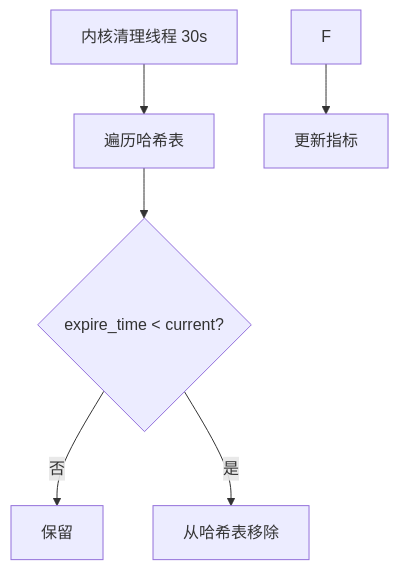
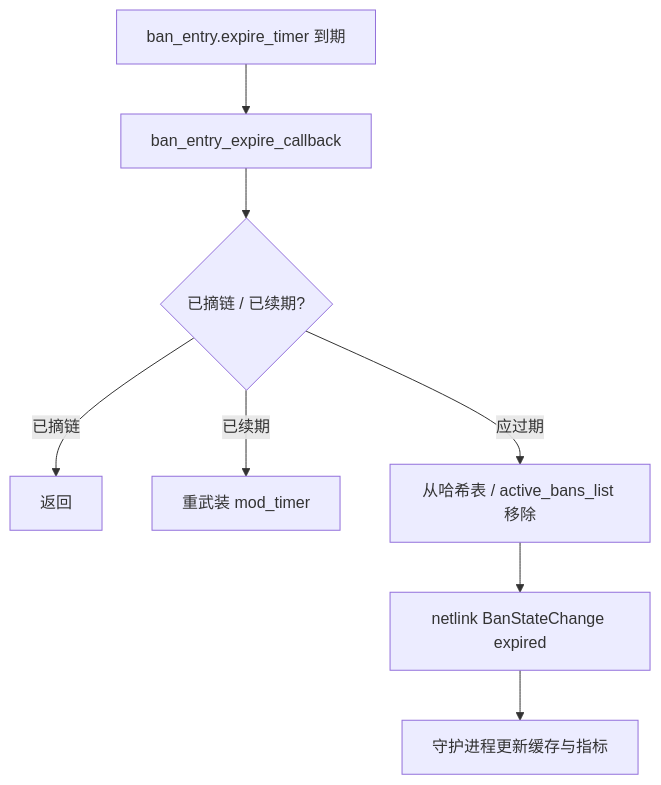
The fourth of 7 diagrams in docs/zh/architecture/data-flow.md (SnowCore8/linux-firewall-kmod), drawn with Mermaid before and after one commit. The commit also changed other lines of this file and 9 other files, not shown here.

First line of the commit message:
docs: 过期策略改为 per-entry expire_timer，去掉全局清理线程描述

````diff
--- a/docs/zh/architecture/data-flow.md
+++ b/docs/zh/architecture/data-flow.md
@@ -58,8 +58,10 @@
 ```mermaid
 graph TB
-    A["内核清理线程 30s"] --> B["遍历哈希表"]
-    B --> C{"expire_time < current?"}
-    C -->|否| D["保留"]
-    C -->|是| E["从哈希表移除"]
-        F --> G["更新指标"]
+    A["ban_entry.expire_timer 到期"] --> B["ban_entry_expire_callback"]
+    B --> C{"已摘链 / 已续期?"}
+    C -->|已摘链| D["返回"]
+    C -->|已续期| E["重武装 mod_timer"]
+    C -->|应过期| F["从哈希表 / active_bans_list 移除"]
+    F --> G["netlink BanStateChange expired"]
+    G --> H["守护进程更新缓存与指标"]
 ```
````
